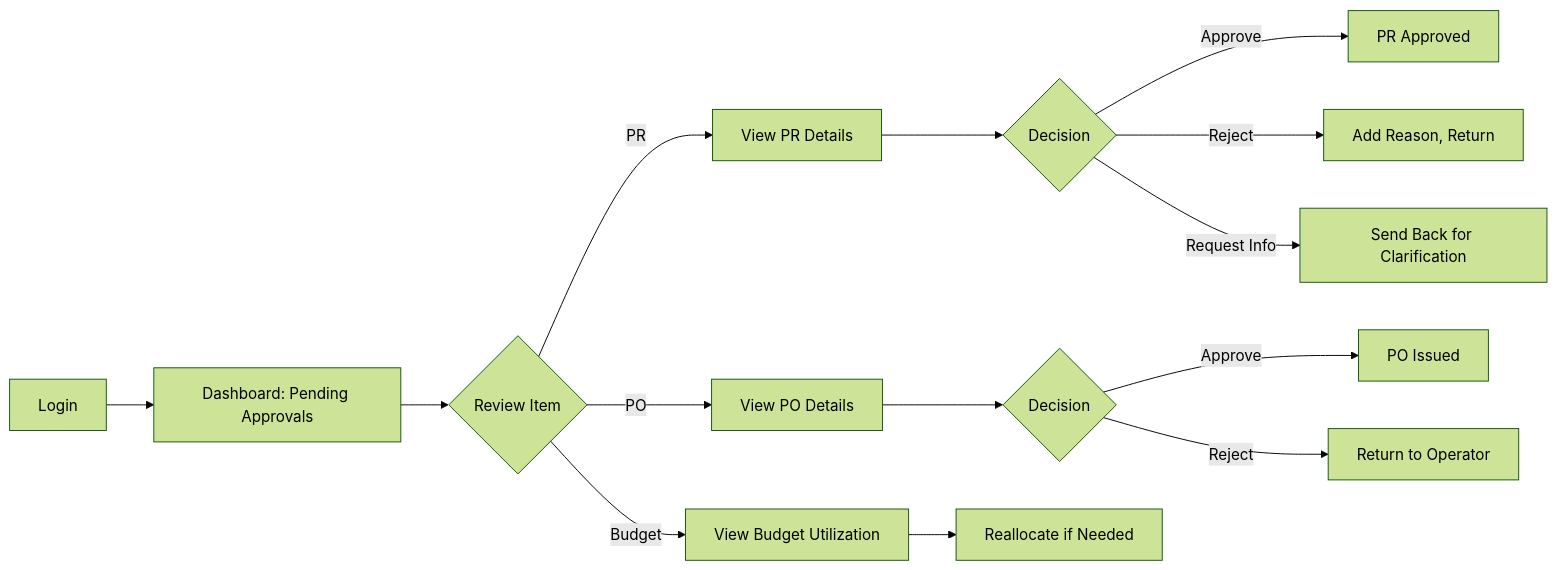
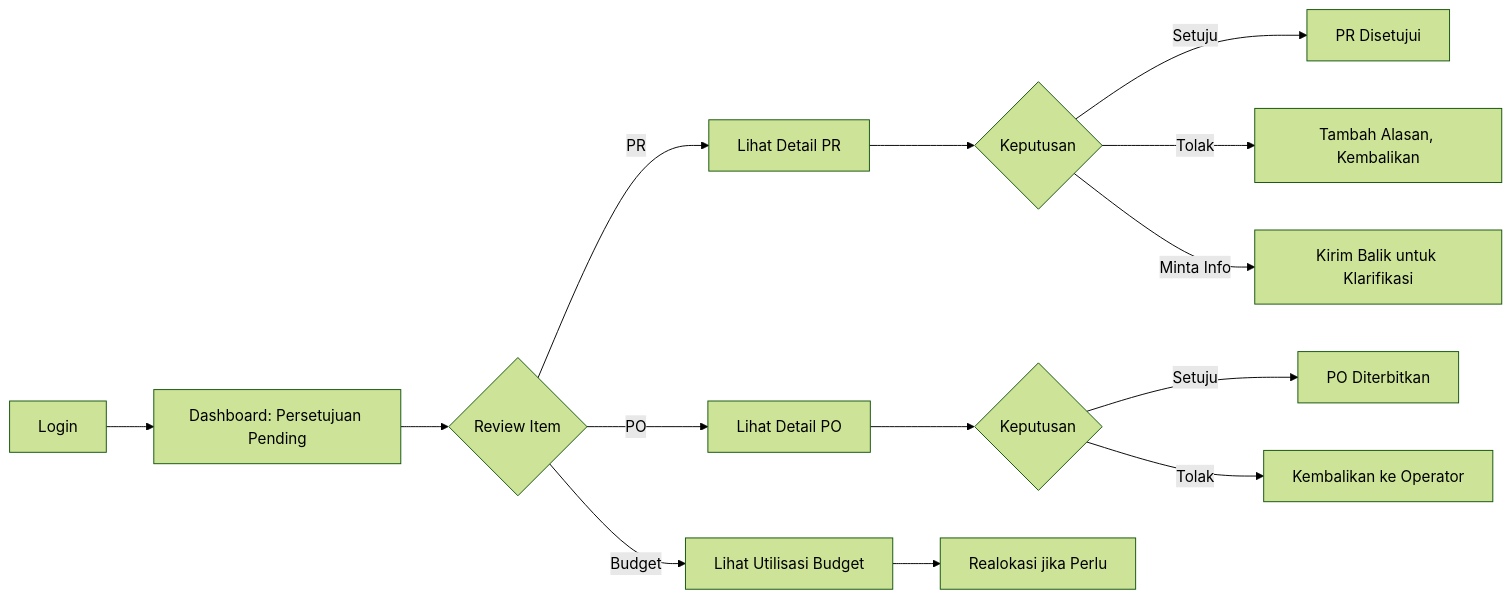
Before and after one commit to Vencore-erp/documentation: the seventh of 13 diagrams in system_design/BUSINESS_PROCESS_MODEL.md, drawn with Mermaid (forest theme). The commit also changed other lines of this file and 16 other files, not shown here.

````diff
--- a/system_design/BUSINESS_PROCESS_MODEL.md
+++ b/system_design/BUSINESS_PROCESS_MODEL.md
@@ -243,18 +243,18 @@
 ```mermaid
 flowchart LR
-    A[Login] --> B[Dashboard: Pending Approvals]
+    A[Login] --> B[Dashboard: Persetujuan Pending]
     B --> C{Review Item}
-    C -->|PR| D[View PR Details]
-    D --> E{Decision}
-    E -->|Approve| F[PR Approved]
-    E -->|Reject| G[Add Reason, Return]
-    E -->|Request Info| H[Send Back for Clarification]
+    C -->|PR| D[Lihat Detail PR]
+    D --> E{Keputusan}
+    E -->|Setuju| F[PR Disetujui]
+    E -->|Tolak| G[Tambah Alasan, Kembalikan]
+    E -->|Minta Info| H[Kirim Balik untuk Klarifikasi]
     
-    C -->|PO| I[View PO Details]
-    I --> J{Decision}
-    J -->|Approve| K[PO Issued]
-    J -->|Reject| L[Return to Operator]
+    C -->|PO| I[Lihat Detail PO]
+    I --> J{Keputusan}
+    J -->|Setuju| K[PO Diterbitkan]
+    J -->|Tolak| L[Kembalikan ke Operator]
     
-    C -->|Budget| M[View Budget Utilization]
-    M --> N[Reallocate if Needed]
+    C -->|Budget| M[Lihat Utilisasi Budget]
+    M --> N[Realokasi jika Perlu]
 ```
````
